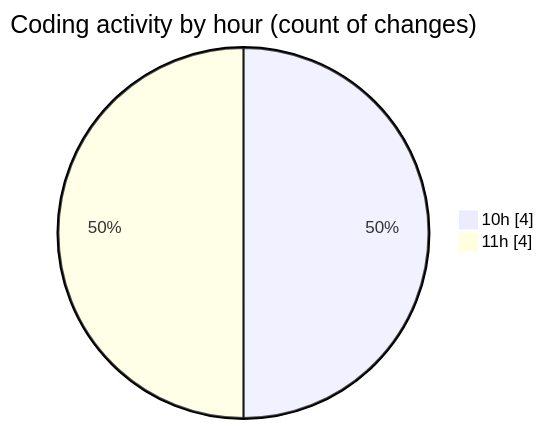
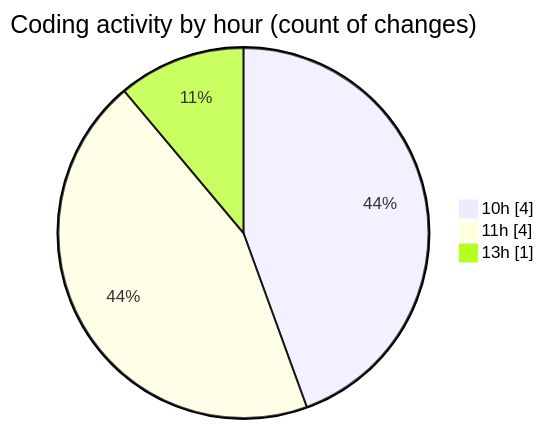
Before and after one commit to nxtqubesakshisongat/code-tracking: the second of 2 diagrams in 2026-08-16/nxtqube_webapp/README.md, drawn with Mermaid. The commit also changed other lines of this file and 1 other file, not shown here.

````diff
--- a/2026-08-16/nxtqube_webapp/README.md
+++ b/2026-08-16/nxtqube_webapp/README.md
@@ -29,6 +31,7 @@
 ```mermaid
 pie showData
 title Coding activity by hour (count of changes)
 "10h" : 4
 "11h" : 4
+"13h" : 1
 ```
````
